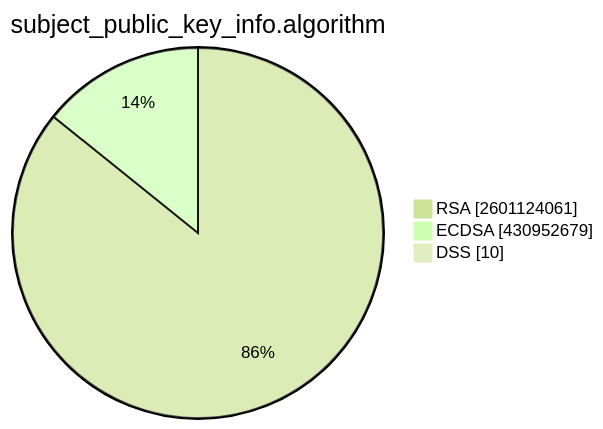
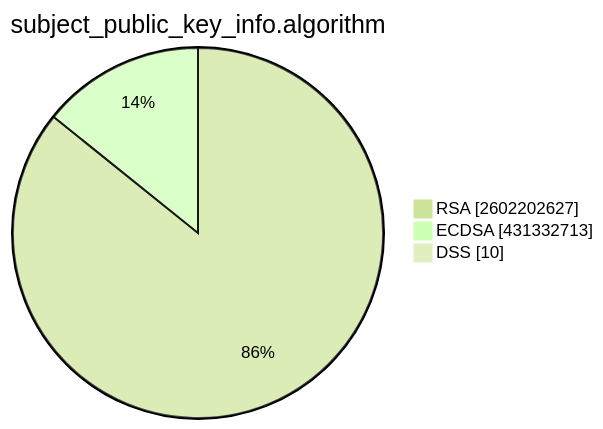
Before and after one commit to christiankrug/ctmonitor_visualization: the second of 15 diagrams in TOTAL/README.md, drawn with Mermaid (forest theme). The commit also changed other lines of this file, not shown here.

````diff
--- a/TOTAL/README.md
+++ b/TOTAL/README.md
@@ -6,7 +6,7 @@
 ```mermaid
 pie showData
 title subject_public_key_info.algorithm
-"RSA" :2601124061
-"ECDSA" :430952679
+"RSA" :2602202627
+"ECDSA" :431332713
 "DSS" :10
 ```
````
